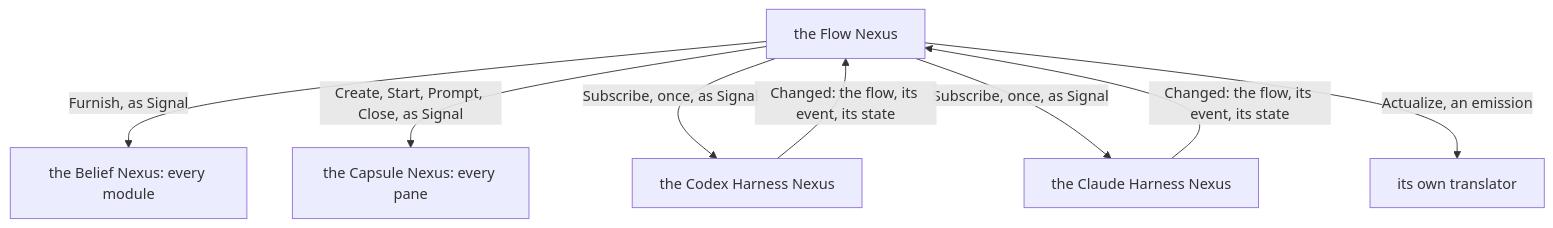
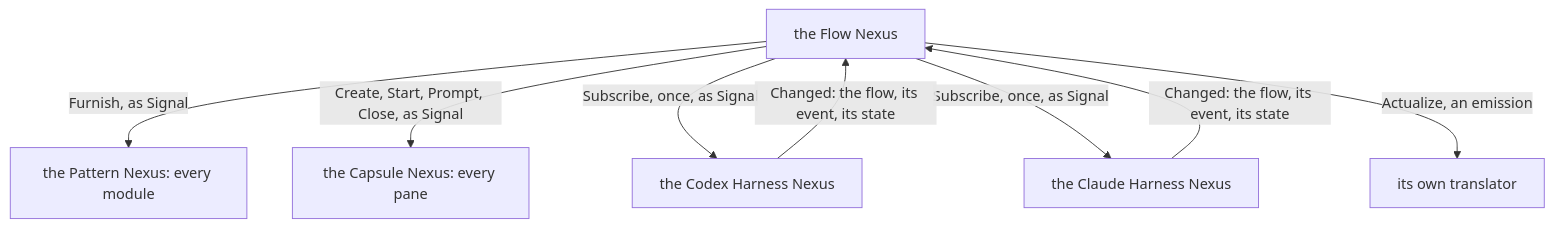
One commit to LiGoldragon/mind-belief changed the first of 7 diagrams in notion/flow-nexus/1.md. Above: the diagram before and after it, drawn with Mermaid. The commit also changed other lines of this file and 4 other files, not shown here.

First line of the commit message:
belief becomes pattern, in prose (the living's word)

````diff
--- a/notion/flow-nexus/1.md
+++ b/notion/flow-nexus/1.md
@@ -10,10 +10,10 @@
 ```mermaid
 flowchart TB
-    f["the Flow Nexus"] -- "Furnish, as Signal" --> b["the Belief Nexus: every module"]
+    f["the Flow Nexus"] -- "Furnish, as Signal" --> b["the Pattern Nexus: every module"]
     f -- "Create, Start, Prompt, Close, as Signal" --> c["the Capsule Nexus: every pane"]
     f -- "Subscribe, once, as Signal" --> hc["the Codex Harness Nexus"]
     f -- "Subscribe, once, as Signal" --> hl["the Claude Harness Nexus"]
     hc -- "Changed: the flow, its event, its state" --> f
     hl -- "Changed: the flow, its event, its state" --> f
     f -- "Actualize, an emission" --> t["its own translator"]
 ```
````
